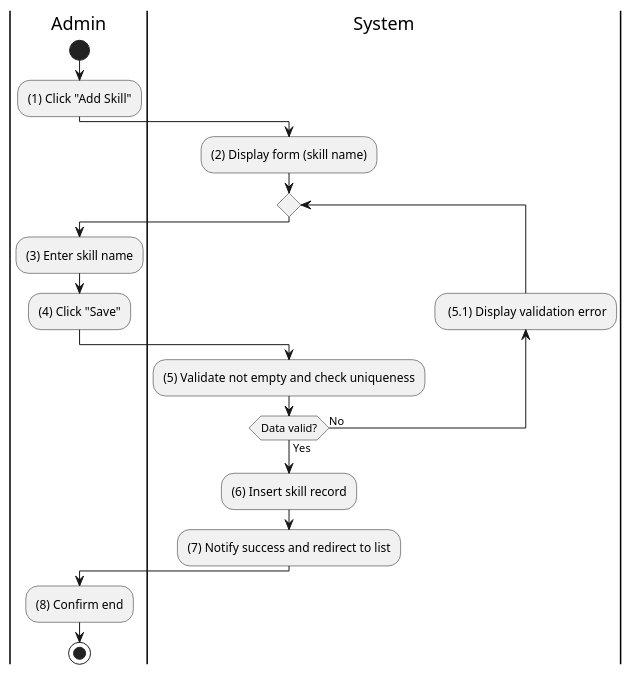
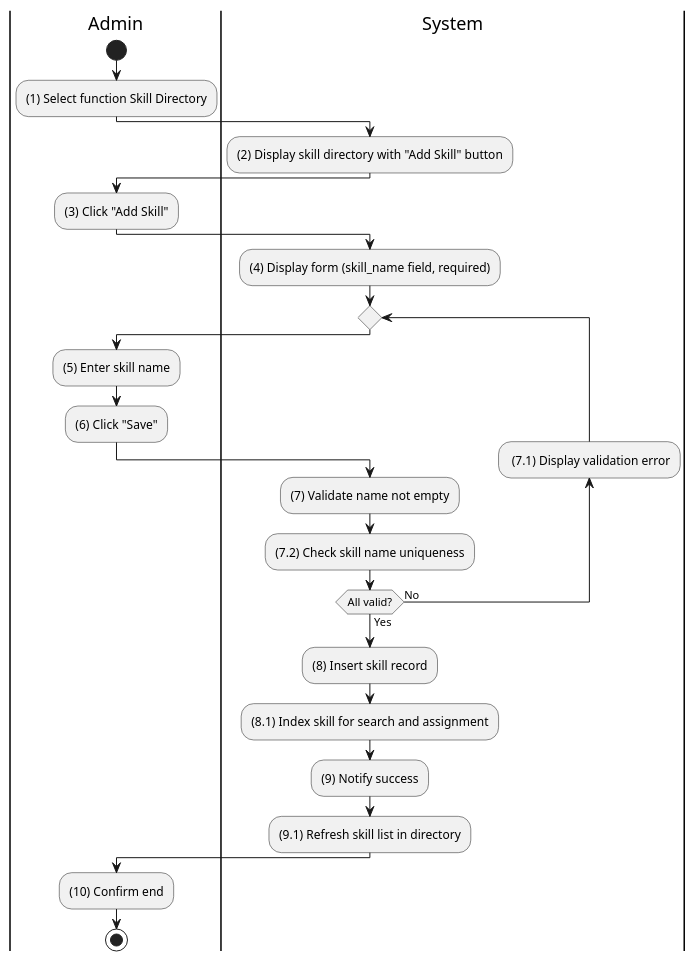
One commit to taskpilot-platform/taskpilot-platform.github.io changed the diagram in docs/docs/activity/admin/add-system-skill.md. Above: the diagram before and after it, drawn with PlantUML. The commit also changed 17 other files, not shown here.

````diff
--- a/docs/docs/activity/admin/add-system-skill.md
+++ b/docs/docs/activity/admin/add-system-skill.md
@@ -3,31 +3,41 @@
 ```plantuml
 @startuml
+
 |A|Admin
 |S|System
 
 |A|
 start
-:(1) Click "Add Skill";
+:(1) Select function Skill Directory;
 
 |S|
-:(2) Display form (skill name);
+:(2) Display skill directory with "Add Skill" button;
+
+|A|
+:(3) Click "Add Skill";
+
+|S|
+:(4) Display form (skill_name field, required);
 
 repeat
   |A|
-  :(3) Enter skill name;
-  :(4) Click "Save";
+  :(5) Enter skill name;
+  :(6) Click "Save";
 
   |S|
-  :(5) Validate not empty and check uniqueness;
-  backward: (5.1) Display validation error;
-repeat while (Data valid?) is (No) not (Yes)
+  :(7) Validate name not empty;
+  :(7.2) Check skill name uniqueness;
+  backward: (7.1) Display validation error;
+repeat while (All valid?) is (No) not (Yes)
 
-:(6) Insert skill record;
-:(7) Notify success and redirect to list;
+:(8) Insert skill record;
+:(8.1) Index skill for search and assignment;
+:(9) Notify success;
+:(9.1) Refresh skill list in directory;
 
 |A|
-:(8) Confirm end;
+:(10) Confirm end;
 
 stop
 @enduml
 ```
````
